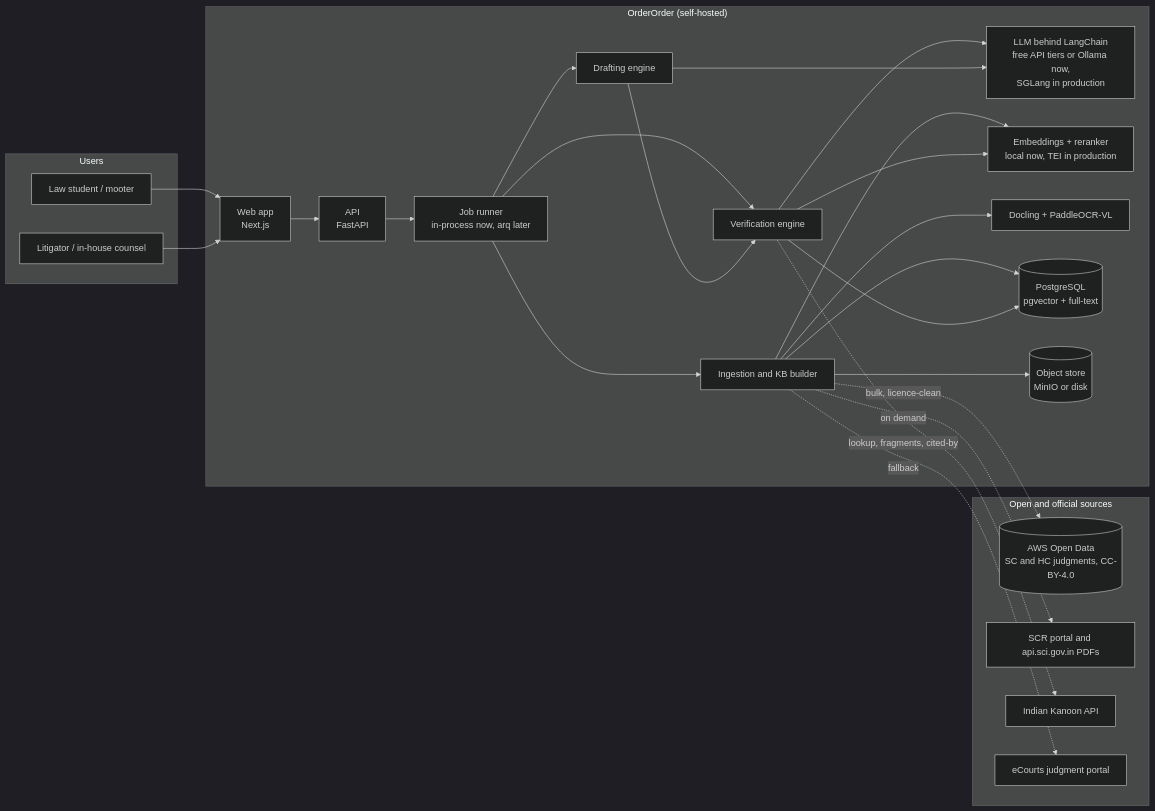
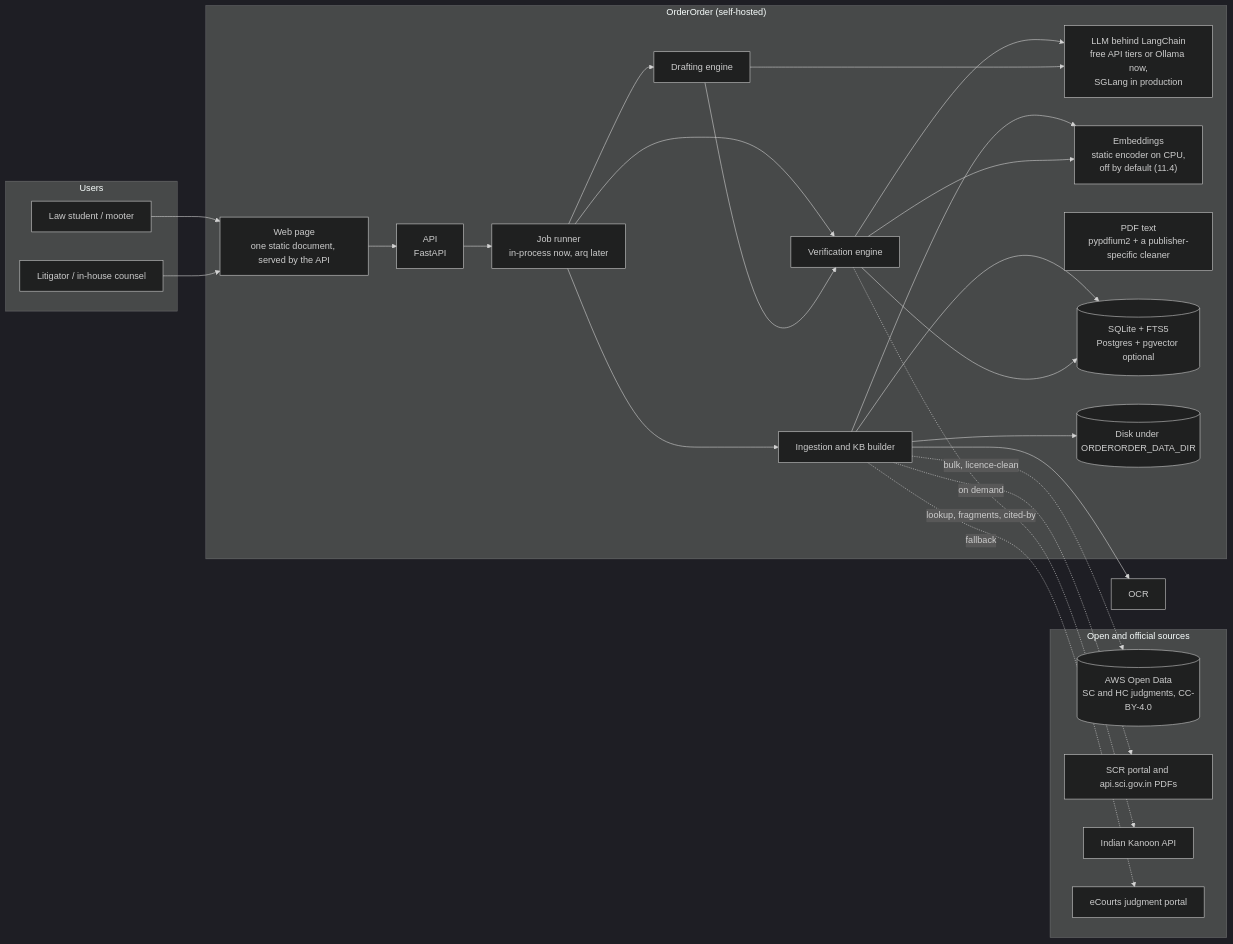
Before and after one commit to INSANE0777/order-order: the first of 9 diagrams in docs/ARCHITECTURE.md, drawn with Mermaid (dark theme). The commit also changed other lines of this file and 6 other files, not shown here.

````diff
--- a/docs/ARCHITECTURE.md
+++ b/docs/ARCHITECTURE.md
@@ -32,49 +40,49 @@
 ```mermaid
 flowchart LR
     subgraph users["Users"]
         U1["Law student / mooter"]
         U2["Litigator / in-house counsel"]
     end
 
     subgraph orderorder["OrderOrder (self-hosted)"]
-        WEB["Web app<br/>Next.js"]
+        WEB["Web page<br/>one static document, served by the API"]
         API["API<br/>FastAPI"]
         Q["Job runner<br/>in-process now, arq later"]
         ING["Ingestion and KB builder"]
         ENG["Verification engine"]
         DRF["Drafting engine"]
         LLM["LLM behind LangChain<br/>free API tiers or Ollama now,<br/>SGLang in production"]
-        EMB["Embeddings + reranker<br/>local now, TEI in production"]
-        OCR["Docling + PaddleOCR-VL"]
-        DB[("PostgreSQL<br/>pgvector + full-text")]
-        OBJ[("Object store<br/>MinIO or disk")]
+        EMB["Embeddings<br/>static encoder on CPU,<br/>off by default (11.4)"]
+        PDF["PDF text<br/>pypdfium2 + a publisher-specific cleaner"]
+        DB[("SQLite + FTS5<br/>Postgres + pgvector optional")]
+        OBJ[("Disk under ORDERORDER_DATA_DIR")]
     end
 
     subgraph ext["Open and official sources"]
         AWS[("AWS Open Data<br/>SC and HC judgments, CC-BY-4.0")]
         SCR["SCR portal and api.sci.gov.in PDFs"]
         IK["Indian Kanoon API"]
         EC["eCourts judgment portal"]
     end
 
     U1 --> WEB
     U2 --> WEB
     WEB --> API
     API --> Q
     Q --> ING
     Q --> ENG
     Q --> DRF
     DRF --> ENG
     ING --> OCR
     ING --> EMB
     ING --> DB
     ING --> OBJ
     ENG --> DB
     ENG --> EMB
     ENG --> LLM
     DRF --> LLM
     ING -.->|"bulk, licence-clean"| AWS
     ING -.->|"on demand"| SCR
     ENG -.->|"lookup, fragments, cited-by"| IK
     ING -.->|"fallback"| EC
 ```
````
